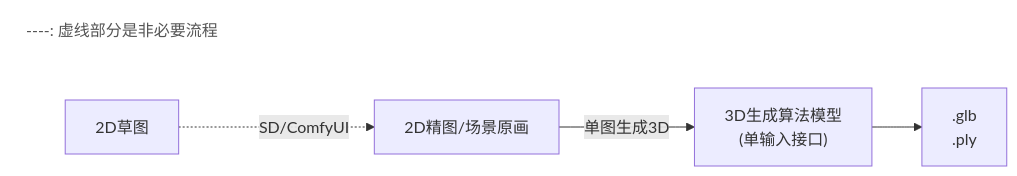
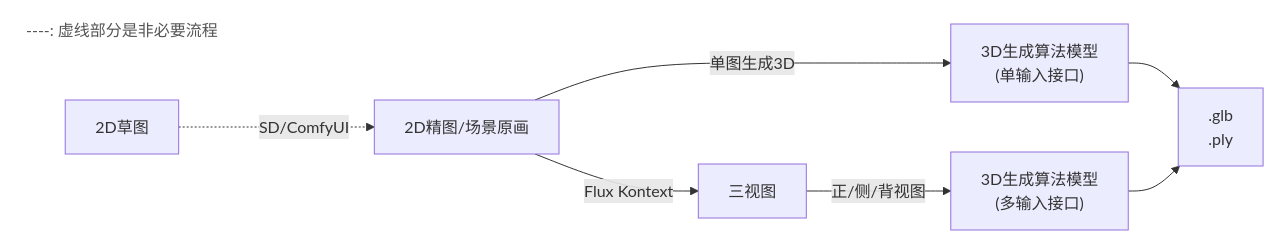
One commit to zade23/iodraw-files changed the diagram in all/未命名-7.md. Above: the diagram before and after it, drawn with Mermaid.

Commit message:
2025-07-17 20:17:20 update

````diff
--- a/all/未命名-7.md
+++ b/all/未命名-7.md
@@ -1,14 +1,19 @@
 ```mermaid
 graph LR
     subgraph Legend ["----: 虚线部分是非必要流程"]
         direction LR
     end
 
     A[2D草图] -.->|SD/ComfyUI| B[2D精图/场景原画]
     
     B -->|单图生成3D| D["3D生成算法模型<br/>(单输入接口)"]
     D --> F[".glb<br/>.ply"]
+    
+    B -->|Flux Kontext| C[三视图]
+    
+    C -->|正/侧/背视图| E["3D生成算法模型<br/>(多输入接口)"]
 
+    E --> F
 
     style Legend fill:#fff,stroke:#fff,stroke-width:0px,color:#555
 ```
````
